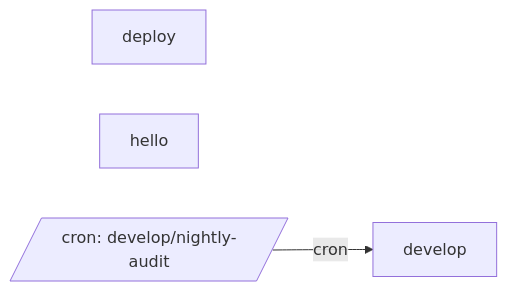
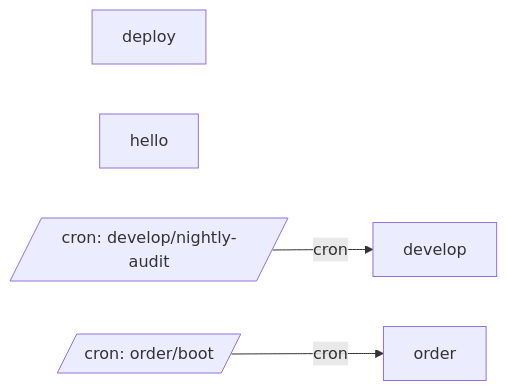
One commit to jtmckay/decree changed the diagram in examples/project/.decree/system.md. Above: the diagram before and after it, drawn with Mermaid. The commit also changed other lines of this file and 128 other files, not shown here.

````diff
--- a/examples/project/.decree/system.md
+++ b/examples/project/.decree/system.md
@@ -9,8 +10,11 @@
 ```mermaid
 flowchart LR
     deploy["deploy"]
     develop["develop"]
     hello["hello"]
+    order["order"]
     cron__develop_nightly_audit[/"cron: develop/nightly-audit"/]
+    cron__order_boot[/"cron: order/boot"/]
     cron__develop_nightly_audit -->|cron| develop
+    cron__order_boot -->|cron| order
 ```
````
